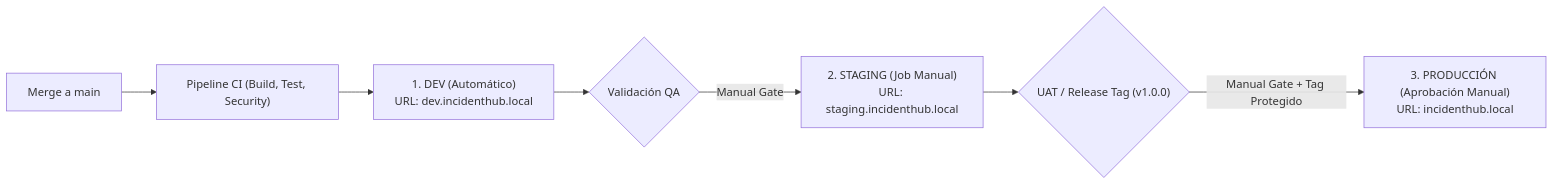
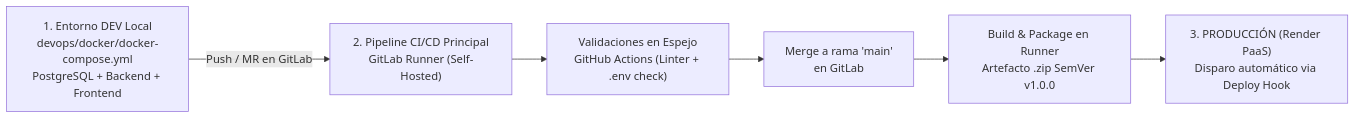
Before and after one commit to jgalindos2-web/incident-hub: the diagram in docs/estrategia-release.md, drawn with Mermaid. The commit also changed other lines of this file and 18 other files, not shown here.

````diff
--- a/docs/estrategia-release.md
+++ b/docs/estrategia-release.md
@@ -7,9 +7,8 @@
 ```mermaid
 graph LR
-    DevCommit["Merge a main"] --> PipelineCI["Pipeline CI (Build, Test, Security)"]
-    PipelineCI --> DevEnv["1. DEV (Automático)<br/>URL: dev.incidenthub.local"]
-    DevEnv --> QAApproval{"Validación QA"}
-    QAApproval -->|Manual Gate| StagingEnv["2. STAGING (Job Manual)<br/>URL: staging.incidenthub.local"]
-    StagingEnv --> UATApproval{"UAT / Release Tag (v1.0.0)"}
-    UATApproval -->|Manual Gate + Tag Protegido| ProdEnv["3. PRODUCCIÓN (Aprobación Manual)<br/>URL: incidenthub.local"]
+    LocalEnv["1. Entorno DEV Local<br/>devops/docker/docker-compose.yml<br/>PostgreSQL + Backend + Frontend"] -->|Push / MR en GitLab| GitLabCI["2. Pipeline CI/CD Principal<br/>GitLab Runner (Self-Hosted)"]
+    GitLabCI --> MirrorGH["Validaciones en Espejo<br/>GitHub Actions (Linter + .env check)"]
+    MirrorGH --> MergeMain["Merge a rama 'main'<br/>en GitLab"]
+    MergeMain --> BuildPkg["Build & Package en Runner<br/>Artefacto .zip SemVer v1.0.0"]
+    BuildPkg --> RenderProd["3. PRODUCCIÓN (Render PaaS)<br/>Disparo automático via Deploy Hook"]
 ```
````
